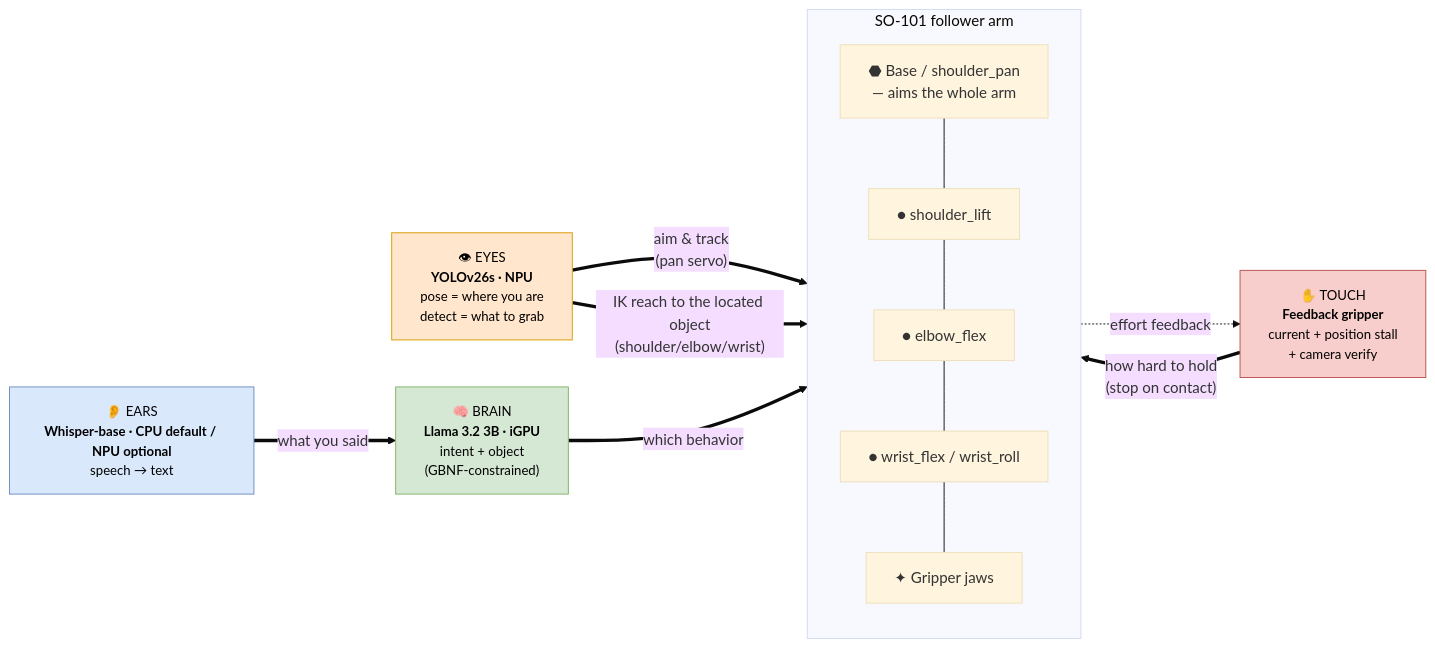
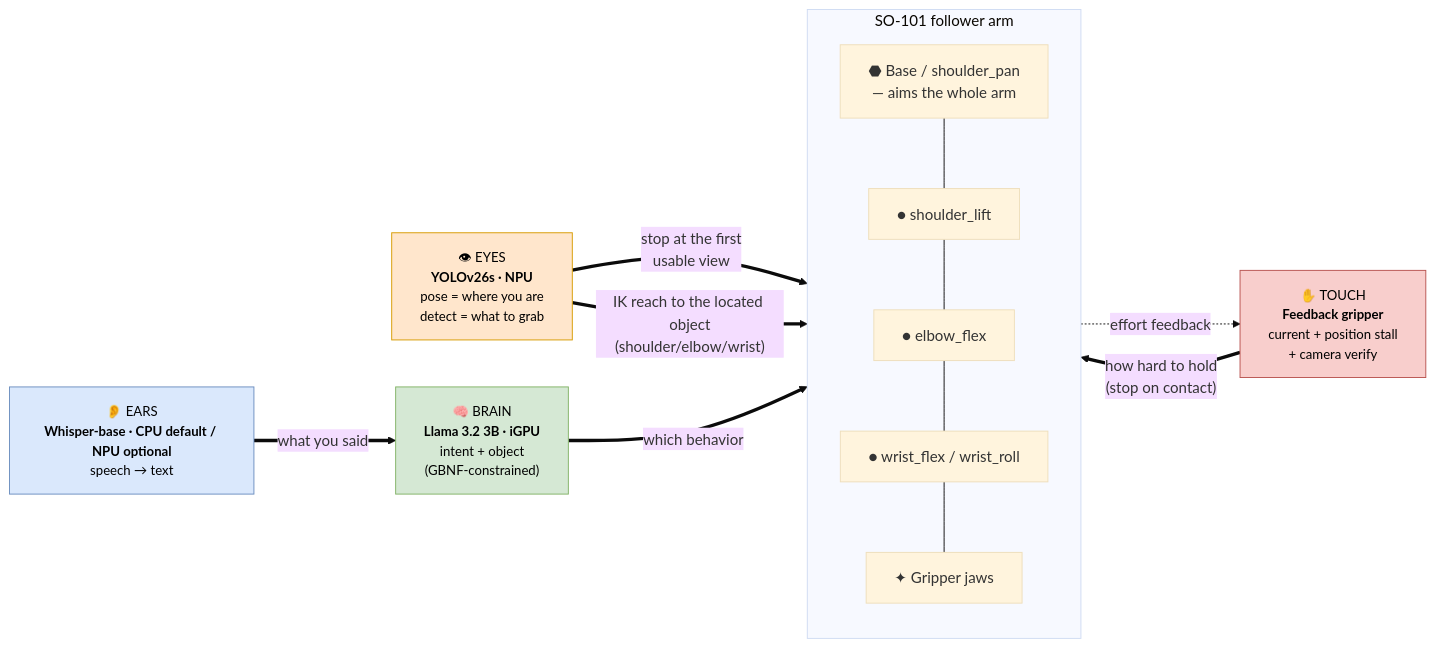
One commit to ThomasGmeinder/embedded-x86-ai changed the second of 3 diagrams in workshops/vvla-pipeline/README.md. Above: the diagram before and after it, drawn with Mermaid (base theme). The commit also changed other lines of this file and 16 other files, not shown here.

````diff
--- a/workshops/vvla-pipeline/README.md
+++ b/workshops/vvla-pipeline/README.md
@@ -91,29 +91,29 @@
 ```mermaid
 flowchart LR
     subgraph BODY["SO-101 follower arm"]
         direction TB
         BASE["⬣ Base / shoulder_pan<br/>— aims the whole arm"]
         SHOULDER["● shoulder_lift"]
         ELBOW["● elbow_flex"]
         WRIST["● wrist_flex / wrist_roll"]
         JAW["✦ Gripper jaws"]
         BASE --- SHOULDER --- ELBOW --- WRIST --- JAW
     end
 
     EARS["👂 EARS<br/><b>Whisper-base · CPU default / NPU optional</b><br/>speech → text"]:::ear
     BRAIN["🧠 BRAIN<br/><b>Llama 3.2 3B · iGPU</b><br/>intent + object<br/>(GBNF-constrained)"]:::brain
     EYES["👁 EYES<br/><b>YOLOv26s · NPU</b><br/>pose = where you are<br/>detect = what to grab"]:::eye
     TOUCH["✋ TOUCH<br/><b>Feedback gripper</b><br/>current + position stall<br/>+ camera verify"]:::touch
 
     EARS ==>|"what you said"| BRAIN
     BRAIN ==>|"which behavior"| BODY
-    EYES ==>|"aim &amp; track<br/>(pan servo)"| BASE
+    EYES ==>|"stop at the first<br/>usable view"| BASE
     EYES ==>|"IK reach to the located object<br/>(shoulder/elbow/wrist)"| ELBOW
     TOUCH ==>|"how hard to hold<br/>(stop on contact)"| JAW
     JAW -.->|"effort feedback"| TOUCH
 
     classDef ear fill:#dae8fc,stroke:#6c8ebf,color:#000,font-size:14px;
     classDef brain fill:#d5e8d4,stroke:#82b366,color:#000,font-size:14px;
     classDef eye fill:#ffe6cc,stroke:#d79b00,color:#000,font-size:14px;
     classDef touch fill:#f8cecc,stroke:#b85450,color:#000,font-size:14px;
 ```
````
